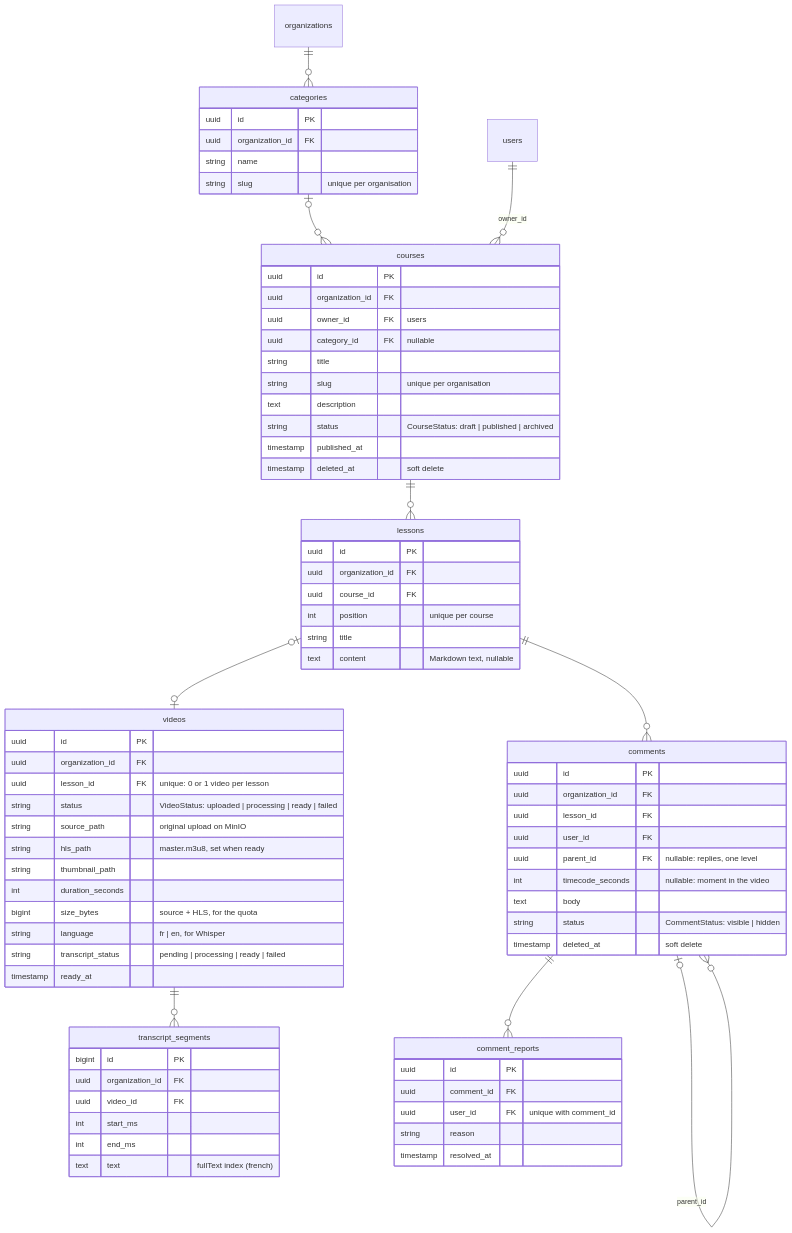
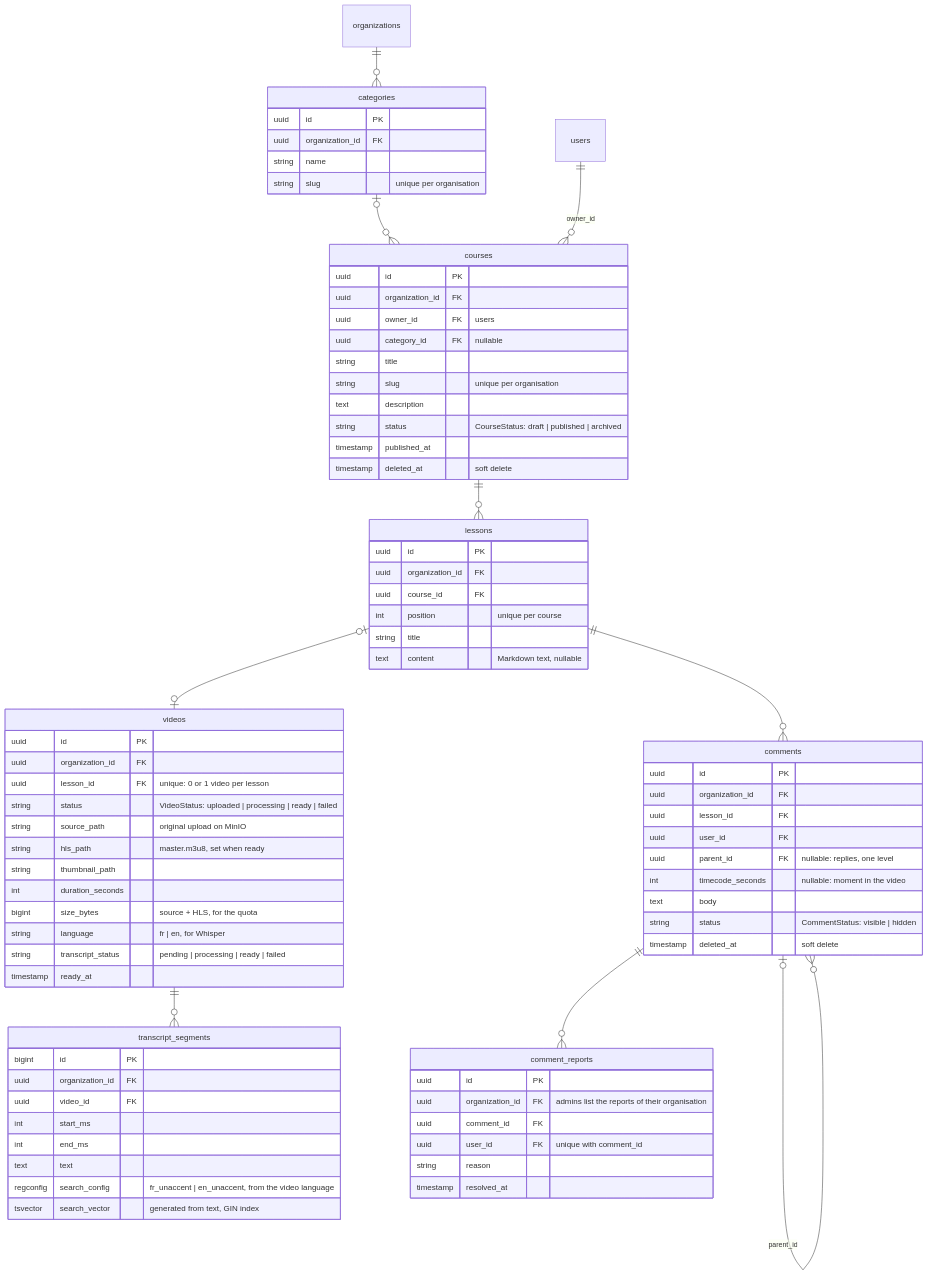
One commit to lucaszebre/ANNUALPROJECT-IWJ3 changed the third of 6 diagrams in docs/data-model.md. Above: the diagram before and after it, drawn with Mermaid. The commit also changed other lines of this file, not shown here.

````diff
--- a/docs/data-model.md
+++ b/docs/data-model.md
@@ -91,78 +94,81 @@
 ```mermaid
 erDiagram
     organizations ||--o{ categories : ""
     categories |o--o{ courses : ""
     users ||--o{ courses : "owner_id"
     courses ||--o{ lessons : ""
     lessons |o--o| videos : ""
     videos ||--o{ transcript_segments : ""
     lessons ||--o{ comments : ""
     comments |o--o{ comments : "parent_id"
     comments ||--o{ comment_reports : ""
     categories {
         uuid id PK
         uuid organization_id FK
         string name
         string slug "unique per organisation"
     }
     courses {
         uuid id PK
         uuid organization_id FK
         uuid owner_id FK "users"
         uuid category_id FK "nullable"
         string title
         string slug "unique per organisation"
         text description
         string status "CourseStatus: draft | published | archived"
         timestamp published_at
         timestamp deleted_at "soft delete"
     }
     lessons {
         uuid id PK
         uuid organization_id FK
         uuid course_id FK
         int position "unique per course"
         string title
         text content "Markdown text, nullable"
     }
     videos {
         uuid id PK
         uuid organization_id FK
         uuid lesson_id FK "unique: 0 or 1 video per lesson"
         string status "VideoStatus: uploaded | processing | ready | failed"
         string source_path "original upload on MinIO"
         string hls_path "master.m3u8, set when ready"
         string thumbnail_path
         int duration_seconds
         bigint size_bytes "source + HLS, for the quota"
         string language "fr | en, for Whisper"
         string transcript_status "pending | processing | ready | failed"
         timestamp ready_at
     }
     transcript_segments {
         bigint id PK
         uuid organization_id FK
         uuid video_id FK
         int start_ms
         int end_ms
-        text text "fullText index (french)"
+        text text
+        regconfig search_config "fr_unaccent | en_unaccent, from the video language"
+        tsvector search_vector "generated from text, GIN index"
     }
     comments {
         uuid id PK
         uuid organization_id FK
         uuid lesson_id FK
         uuid user_id FK
         uuid parent_id FK "nullable: replies, one level"
         int timecode_seconds "nullable: moment in the video"
         text body
         string status "CommentStatus: visible | hidden"
         timestamp deleted_at "soft delete"
     }
     comment_reports {
         uuid id PK
+        uuid organization_id FK "admins list the reports of their organisation"
         uuid comment_id FK
         uuid user_id FK "unique with comment_id"
         string reason
         timestamp resolved_at
     }
 ```
````
